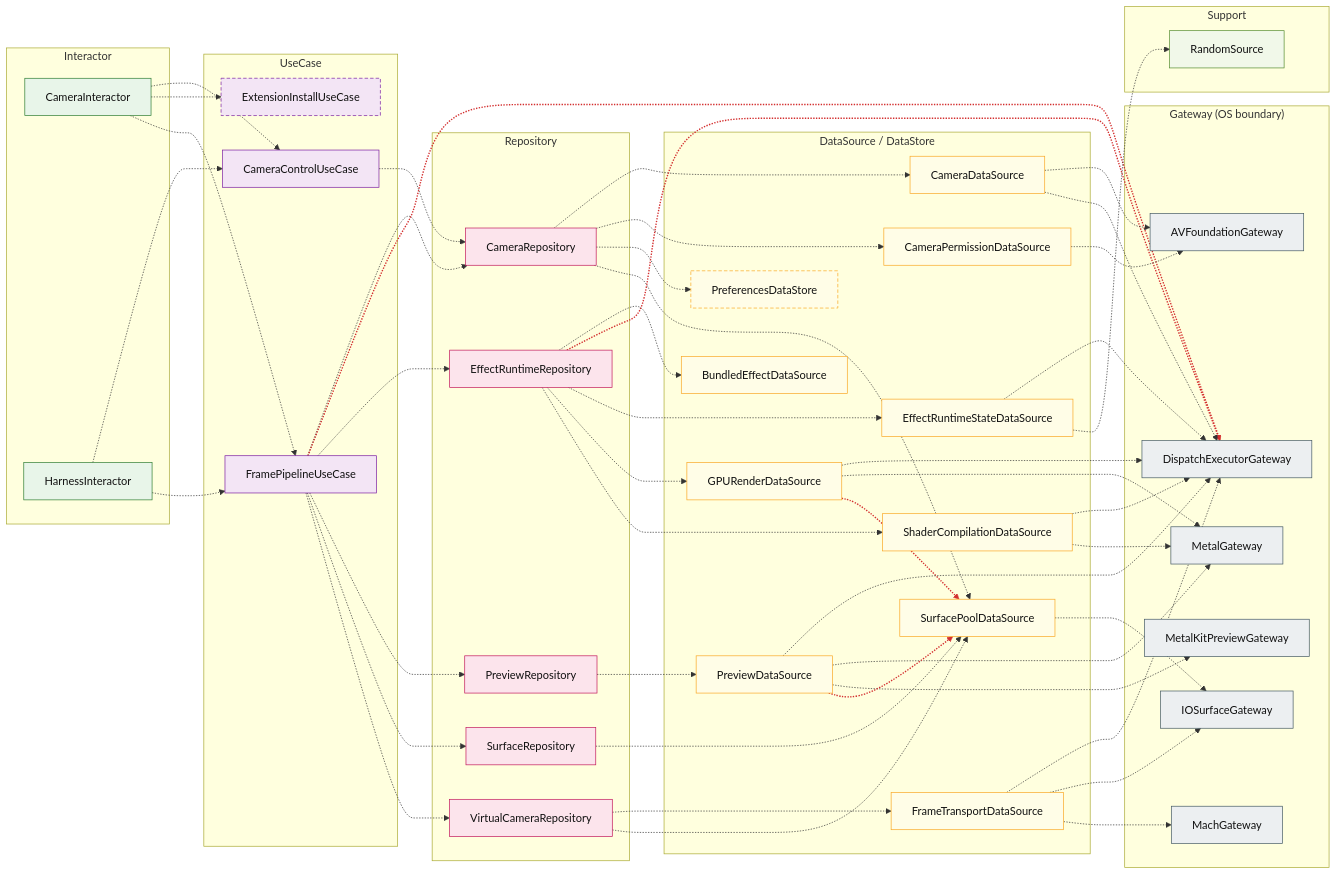
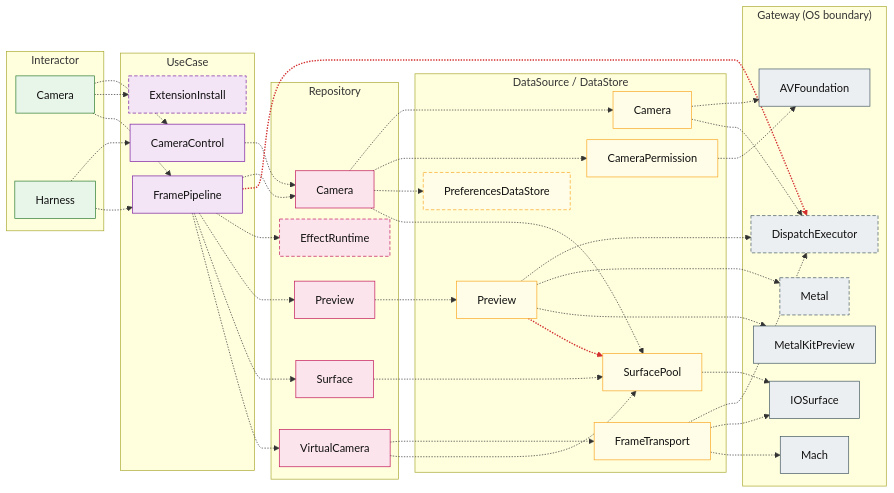
The fourth of 8 diagrams in docs/ARCHITECTURE.md (GeneralD/mirage), drawn with Mermaid before and after one commit. The commit also changed other lines of this file, not shown here.

First line of the commit message:
docs(architecture): fit the module diagrams to the page width

````diff
--- a/docs/ARCHITECTURE.md
+++ b/docs/ARCHITECTURE.md
@@ -212,43 +214,37 @@
 ```mermaid
+%%{init: {"flowchart": {"rankSpacing": 24, "nodeSpacing": 16}}}%%
 graph LR
-  subgraph Frame_int["Interactor"]
-    CameraInteractor:::int
-    HarnessInteractor:::int
+  subgraph Area0_int["Interactor"]
+    CameraInteractor["Camera"]:::int
+    HarnessInteractor["Harness"]:::int
   end
-  subgraph Frame_uc["UseCase"]
-    CameraControlUseCase:::uc
-    FramePipelineUseCase:::uc
-    ExtensionInstallUseCase:::ucx
+  subgraph Area0_uc["UseCase"]
+    CameraControlUseCase["CameraControl"]:::uc
+    FramePipelineUseCase["FramePipeline"]:::uc
+    ExtensionInstallUseCase["ExtensionInstall"]:::ucx
   end
-  subgraph Frame_repo["Repository"]
-    CameraRepository:::repo
-    EffectRuntimeRepository:::repo
-    PreviewRepository:::repo
-    VirtualCameraRepository:::repo
-    SurfaceRepository:::repo
+  subgraph Area0_repo["Repository"]
+    CameraRepository["Camera"]:::repo
+    PreviewRepository["Preview"]:::repo
+    VirtualCameraRepository["VirtualCamera"]:::repo
+    SurfaceRepository["Surface"]:::repo
+    EffectRuntimeRepository["EffectRuntime"]:::repox
   end
-  subgraph Frame_ds["DataSource / DataStore"]
-    CameraDataSource:::ds
-    CameraPermissionDataSource:::ds
-    GPURenderDataSource:::ds
-    ShaderCompilationDataSource:::ds
-    BundledEffectDataSource:::ds
-    EffectRuntimeStateDataSource:::ds
-    PreviewDataSource:::ds
-    FrameTransportDataSource:::ds
-    SurfacePoolDataSource:::ds
+  subgraph Area0_ds["DataSource / DataStore"]
+    CameraDataSource["Camera"]:::ds
+    CameraPermissionDataSource["CameraPermission"]:::ds
+    PreviewDataSource["Preview"]:::ds
+    FrameTransportDataSource["FrameTransport"]:::ds
+    SurfacePoolDataSource["SurfacePool"]:::ds
     PreferencesDataStore:::dsx
   end
-  subgraph Frame_gw["Gateway (OS boundary)"]
-    AVFoundationGateway:::gw
-    MetalGateway:::gw
-    MetalKitPreviewGateway:::gw
-    IOSurfaceGateway:::gw
-    MachGateway:::gw
-    DispatchExecutorGateway:::gw
-  end
-  subgraph Frame_sup["Support"]
-    RandomSource:::sup
+  subgraph Area0_gw["Gateway (OS boundary)"]
+    AVFoundationGateway["AVFoundation"]:::gw
+    MetalKitPreviewGateway["MetalKitPreview"]:::gw
+    IOSurfaceGateway["IOSurface"]:::gw
+    MachGateway["Mach"]:::gw
+    DispatchExecutorGateway["DispatchExecutor"]:::gwx
+    MetalGateway["Metal"]:::gwx
   end
   CameraInteractor -.-> CameraControlUseCase
   CameraInteractor -.-> ExtensionInstallUseCase
@@ -266,11 +262,6 @@
   CameraRepository -.-> CameraPermissionDataSource
   CameraRepository -.-> PreferencesDataStore
   CameraRepository -.-> SurfacePoolDataSource
-  EffectRuntimeRepository -.-> BundledEffectDataSource
-  EffectRuntimeRepository -.-> DispatchExecutorGateway
-  EffectRuntimeRepository -.-> EffectRuntimeStateDataSource
-  EffectRuntimeRepository -.-> GPURenderDataSource
-  EffectRuntimeRepository -.-> ShaderCompilationDataSource
   PreviewRepository -.-> PreviewDataSource
   VirtualCameraRepository -.-> FrameTransportDataSource
   VirtualCameraRepository -.-> SurfacePoolDataSource
@@ -278,13 +269,6 @@
   CameraDataSource -.-> AVFoundationGateway
   CameraDataSource -.-> DispatchExecutorGateway
   CameraPermissionDataSource -.-> AVFoundationGateway
-  GPURenderDataSource -.-> DispatchExecutorGateway
-  GPURenderDataSource -.-> MetalGateway
-  GPURenderDataSource -.-> SurfacePoolDataSource
-  ShaderCompilationDataSource -.-> DispatchExecutorGateway
-  ShaderCompilationDataSource -.-> MetalGateway
-  EffectRuntimeStateDataSource -.-> DispatchExecutorGateway
-  EffectRuntimeStateDataSource -.-> RandomSource
   PreviewDataSource -.-> DispatchExecutorGateway
   PreviewDataSource -.-> MetalGateway
   PreviewDataSource -.-> MetalKitPreviewGateway
@@ -296,13 +280,12 @@
   classDef ds fill:#fffde7,stroke:#f9a825,color:#111
   classDef dsx fill:#fffde7,stroke:#f9a825,color:#111,stroke-dasharray:5 3
   classDef gw fill:#eceff1,stroke:#455a64,color:#111
+  classDef gwx fill:#eceff1,stroke:#455a64,color:#111,stroke-dasharray:5 3
   classDef int fill:#e8f5e9,stroke:#2e7d32,color:#111
   classDef repo fill:#fce4ec,stroke:#c2185b,color:#111
-  classDef sup fill:#f1f8e9,stroke:#558b2f,color:#111
+  classDef repox fill:#fce4ec,stroke:#c2185b,color:#111,stroke-dasharray:5 3
   classDef uc fill:#f3e5f5,stroke:#7b1fa2,color:#111
   classDef ucx fill:#f3e5f5,stroke:#7b1fa2,color:#111,stroke-dasharray:5 3
   linkStyle 7 stroke:#d32f2f,stroke-width:2px
-  linkStyle 17 stroke:#d32f2f,stroke-width:2px
-  linkStyle 30 stroke:#d32f2f,stroke-width:2px
-  linkStyle 38 stroke:#d32f2f,stroke-width:2px
+  linkStyle 26 stroke:#d32f2f,stroke-width:2px
 ```
````
